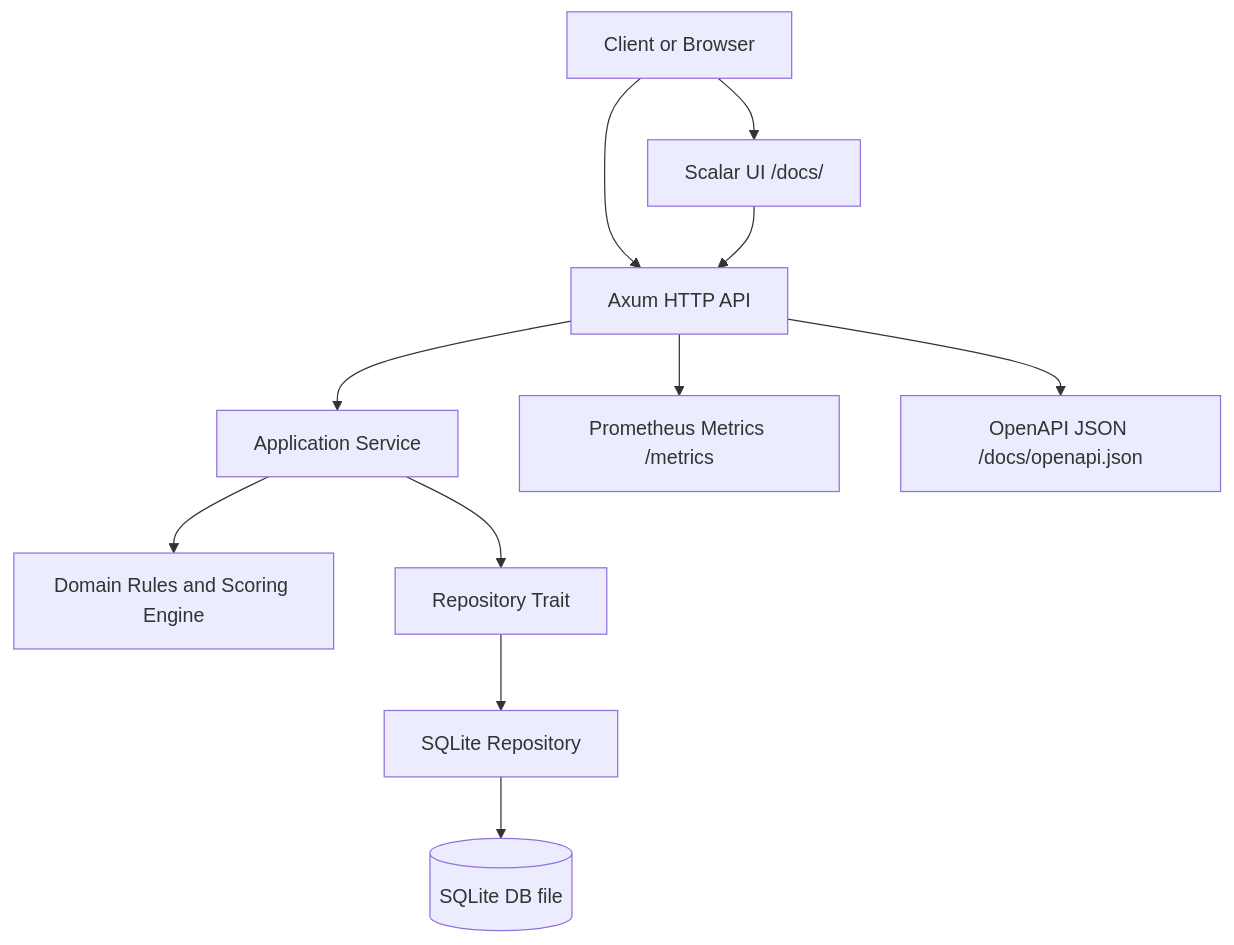
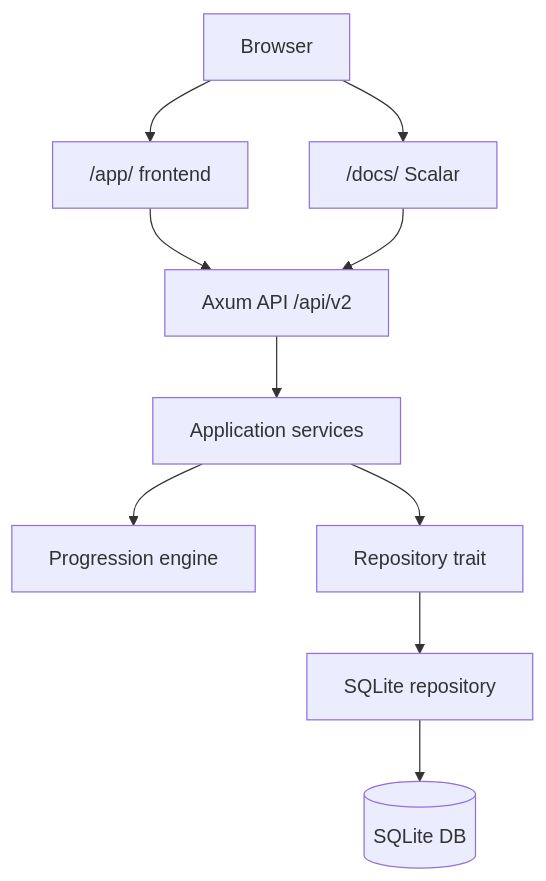
The diagram in README.md (sawrus/x10), drawn with Mermaid before and after one commit. The commit also changed other lines of this file and 41 other files, not shown here.

````diff
--- a/README.md
+++ b/README.md
@@ -52,13 +49,12 @@
 ```mermaid
 flowchart TD
-    Client["Client or Browser"] --> Docs["Scalar UI /docs/"]
-    Client --> Api["Axum HTTP API"]
+    Browser["Browser"] --> Web["/app/ frontend"]
+    Browser --> Docs["/docs/ Scalar"]
+    Web --> Api["Axum API /api/v2"]
     Docs --> Api
-    Api --> App["Application Service"]
-    App --> Domain["Domain Rules and Scoring Engine"]
-    App --> Repo["Repository Trait"]
-    Repo --> Sqlite["SQLite Repository"]
-    Sqlite --> Db[("SQLite DB file")]
-    Api --> Metrics["Prometheus Metrics /metrics"]
-    Api --> OpenApi["OpenAPI JSON /docs/openapi.json"]
+    Api --> App["Application services"]
+    App --> Domain["Progression engine"]
+    App --> Repo["Repository trait"]
+    Repo --> Sqlite["SQLite repository"]
+    Sqlite --> Db[("SQLite DB")]
 ```
````
